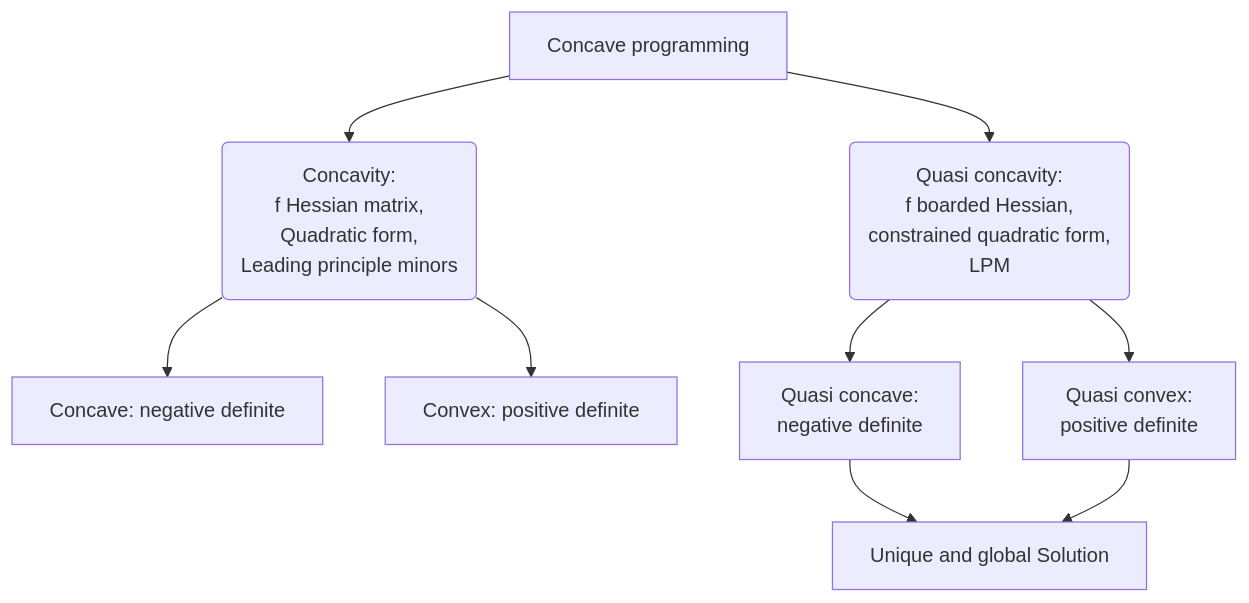
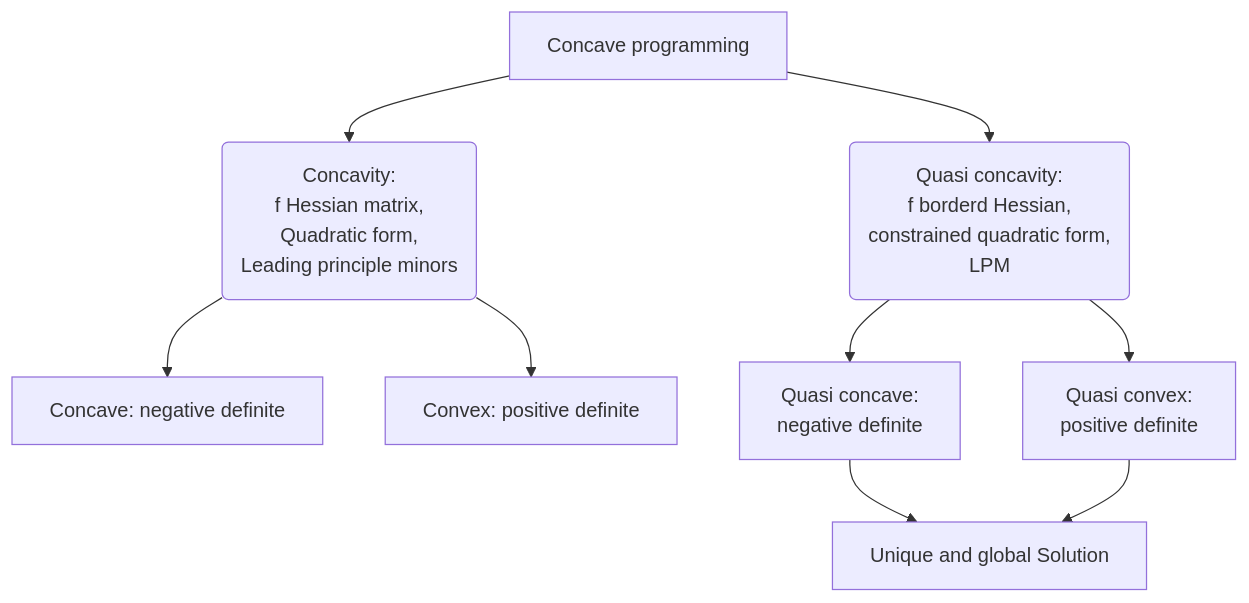
One commit to snowdj/great-waterfall changed the second of 2 diagrams in _posts/2016-11-16-econ350-test8.md. Above: the diagram before and after it, drawn with Mermaid. The commit also changed other lines of this file, not shown here.

```diff
--- a/_posts/2016-11-16-econ350-test8.md
+++ b/_posts/2016-11-16-econ350-test8.md
@@ -33,11 +33,11 @@
 <div class="mermaid">
 graph TD
     id1[Concave programming]-->id3(Concavity: <br>f  Hessian matrix,<br> Quadratic form, <br>Leading principle minors)
-    id1[Concave programming]-->id2(Quasi concavity: <br>f boarded Hessian, <br>constrained quadratic form, <br>LPM)
+    id1[Concave programming]-->id2(Quasi concavity: <br>f borderd Hessian, <br>constrained quadratic form, <br>LPM)
     id3-->id7[Concave: negative definite]
     id3-->id8[Convex: positive definite]
     id2-->id5[Quasi concave: <br>negative definite]
     id2-->id6[Quasi convex: <br>positive definite]
     id5--> id9[Unique and global Solution]
     id6--> id9[Unique and global Solution]
  </div>
```
